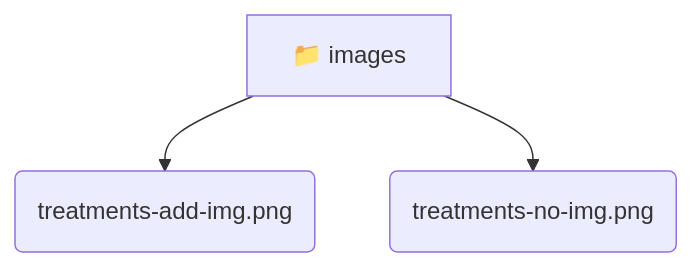
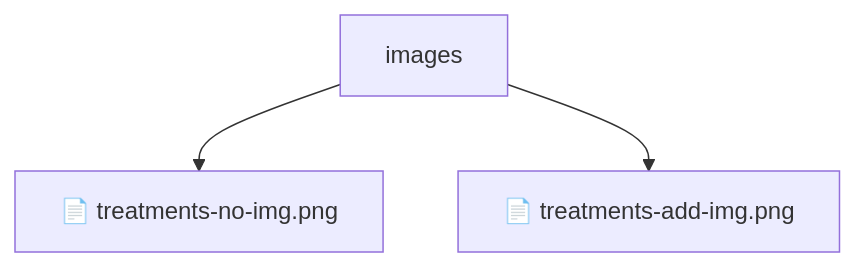
The diagram in frontend/public/images/README.md (beginwebdev2002/fullstack-mavluda), drawn with Mermaid before and after one commit. The commit also changed other lines of this file and 155 other files, not shown here.

````diff
--- a/frontend/public/images/README.md
+++ b/frontend/public/images/README.md
@@ -9,6 +14,6 @@
 ```mermaid
 graph TD
-  images[📁 images]
-  images --> images_treatments_add_img_png(treatments-add-img.png)
-  images --> images_treatments_no_img_png(treatments-no-img.png)
+    Root[images]
+    Root --> F0[📄 treatments-no-img.png]
+    Root --> F1[📄 treatments-add-img.png]
 ```
````
